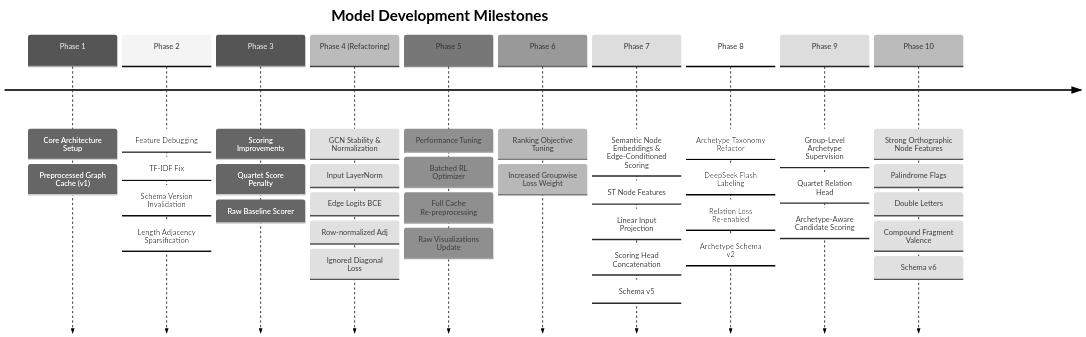
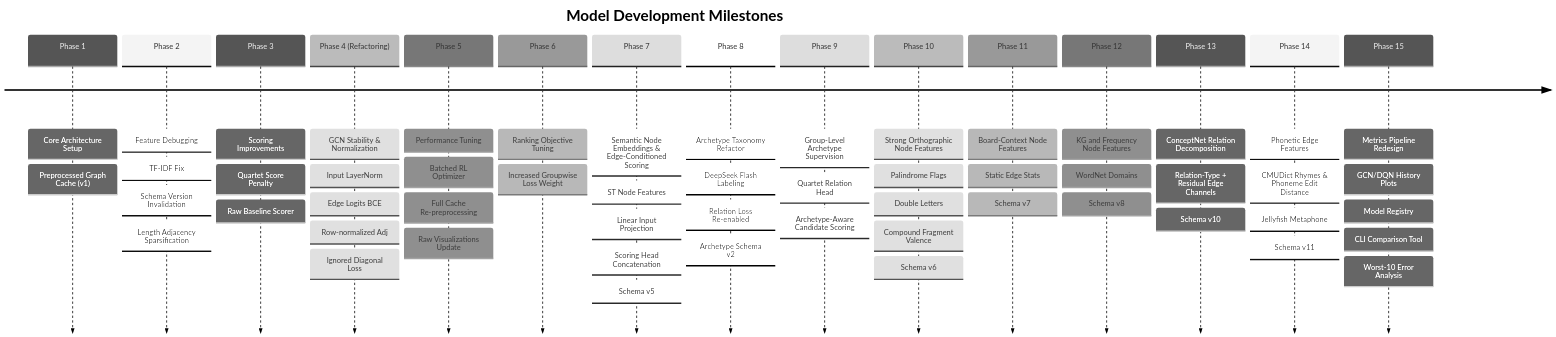
Before and after one commit to cymaxsun/nyt-connections-solver: the diagram in model_development_timeline.md, drawn with Mermaid (neutral theme). The commit also changed other lines of this file and 1 other file, not shown here.

Commit message:
Document metrics redesign and model comparison instructions in AGENTS.md and timeline

````diff
--- a/model_development_timeline.md
+++ b/model_development_timeline.md
@@ -7,14 +7,19 @@
 ```mermaid
 timeline
     title Model Development Milestones
     Phase 1 : Core Architecture Setup : Preprocessed Graph Cache (v1)
     Phase 2 : Feature Debugging : TF-IDF Fix : Schema Version Invalidation : Length Adjacency Sparsification
     Phase 3 : Scoring Improvements : Quartet Score Penalty : Raw Baseline Scorer
     Phase 4 (Refactoring) : GCN Stability & Normalization : Input LayerNorm : Edge Logits BCE : Row-normalized Adj : Ignored Diagonal Loss
     Phase 5 : Performance Tuning : Batched RL Optimizer : Full Cache Re-preprocessing : Raw Visualizations Update
     Phase 6 : Ranking Objective Tuning : Increased Groupwise Loss Weight
     Phase 7 : Semantic Node Embeddings & Edge-Conditioned Scoring : ST Node Features : Linear Input Projection : Scoring Head Concatenation : Schema v5
     Phase 8 : Archetype Taxonomy Refactor : DeepSeek Flash Labeling : Relation Loss Re-enabled : Archetype Schema v2
     Phase 9 : Group-Level Archetype Supervision : Quartet Relation Head : Archetype-Aware Candidate Scoring
     Phase 10 : Strong Orthographic Node Features : Palindrome Flags : Double Letters : Compound Fragment Valence : Schema v6
+    Phase 11 : Board-Context Node Features : Static Edge Stats : Schema v7
+    Phase 12 : KG and Frequency Node Features : WordNet Domains : Schema v8
+    Phase 13 : ConceptNet Relation Decomposition : Relation-Type + Residual Edge Channels : Schema v10
+    Phase 14 : Phonetic Edge Features : CMUDict Rhymes & Phoneme Edit Distance : Jellyfish Metaphone : Schema v11
+    Phase 15 : Metrics Pipeline Redesign : GCN/DQN History Plots : Model Registry : CLI Comparison Tool : Worst-10 Error Analysis
 ```
````
